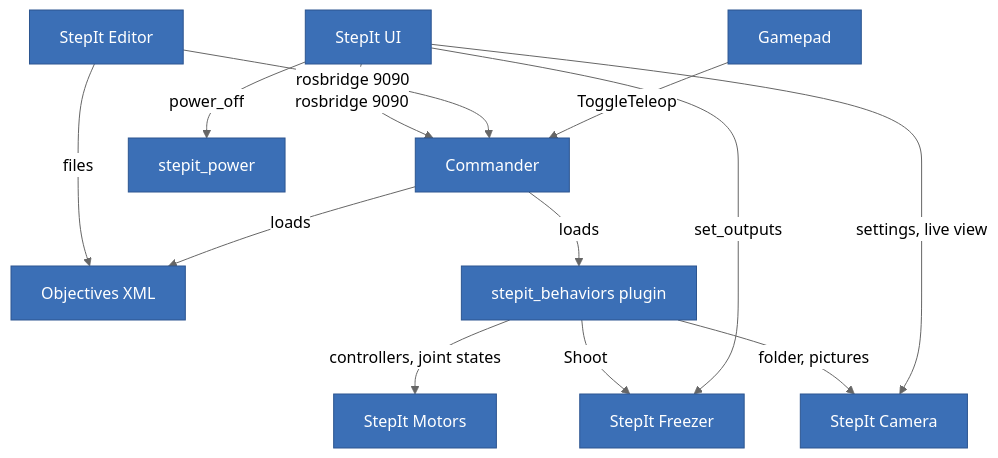
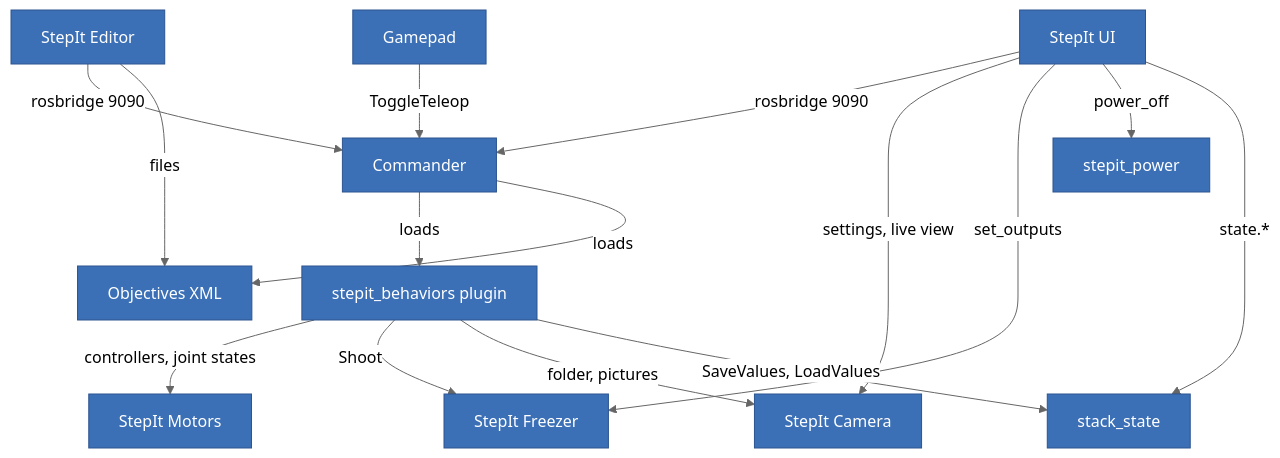
The diagram in Review.md (kineticsystem/stepit-macro), drawn with Mermaid (neutral theme) before and after one commit. The commit also changed other lines of this file and 1 other file, not shown here.

````diff
--- a/Review.md
+++ b/Review.md
@@ -96,16 +88,18 @@
 ```mermaid
 flowchart TB
   UI[StepIt UI] -->|rosbridge 9090| CMD[Commander]
   ED[StepIt Editor] -->|rosbridge 9090| CMD
   ED -->|files| XML[Objectives XML]
   GP[Gamepad] -->|ToggleTeleop| CMD
   CMD -->|loads| PL[stepit_behaviors plugin]
   CMD -->|loads| XML
   PL -->|controllers, joint states| MOTORS[StepIt Motors]
   PL -->|Shoot| FRZ[StepIt Freezer]
   PL -->|folder, pictures| CAM[StepIt Camera]
   UI -->|settings, live view| CAM
   UI -->|set_outputs| FRZ
   UI -->|power_off| PWR[stepit_power]
+  UI -->|state.*| ST[stack_state]
+  PL -->|SaveValues, LoadValues| ST
   classDef default fill:#3b6fb6,stroke:#2c5590,color:#ffffff
 ```
````
